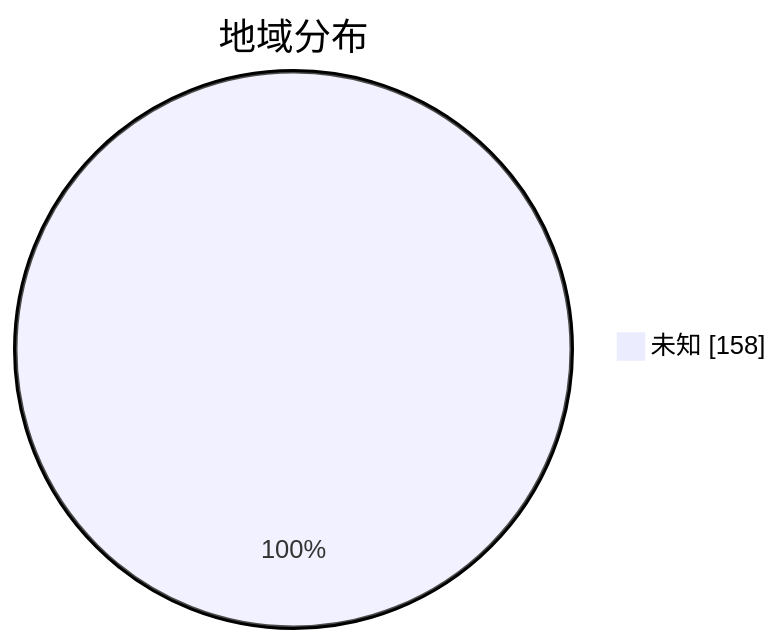
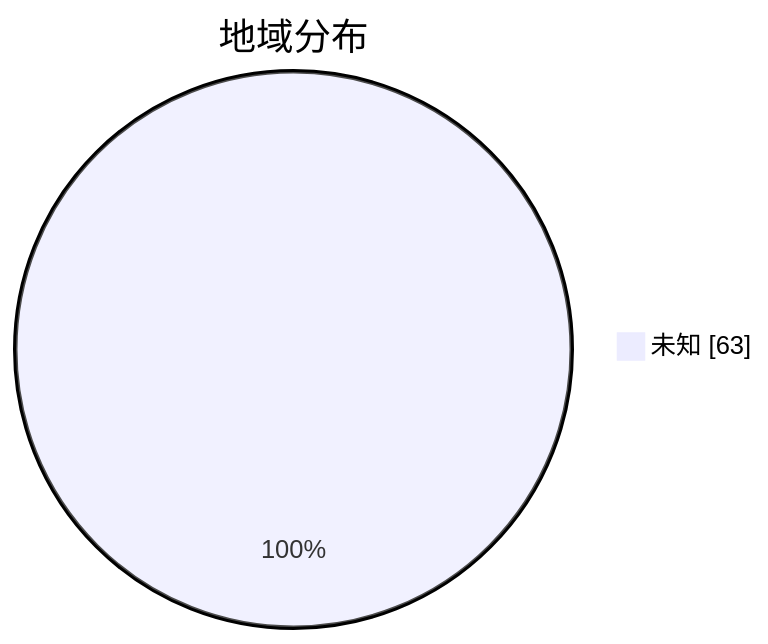
One commit to qjlxg/airport changed the second of 3 diagrams in subs/statistics/tested_within.md. Above: the diagram before and after it, drawn with Mermaid. The commit also changed other lines of this file and 2 other files, not shown here.

````diff
--- a/subs/statistics/tested_within.md
+++ b/subs/statistics/tested_within.md
@@ -11,5 +11,5 @@
 ```mermaid
 pie showData
 title 地域分布
-"未知" : 158
+"未知" : 63
 ```
````
